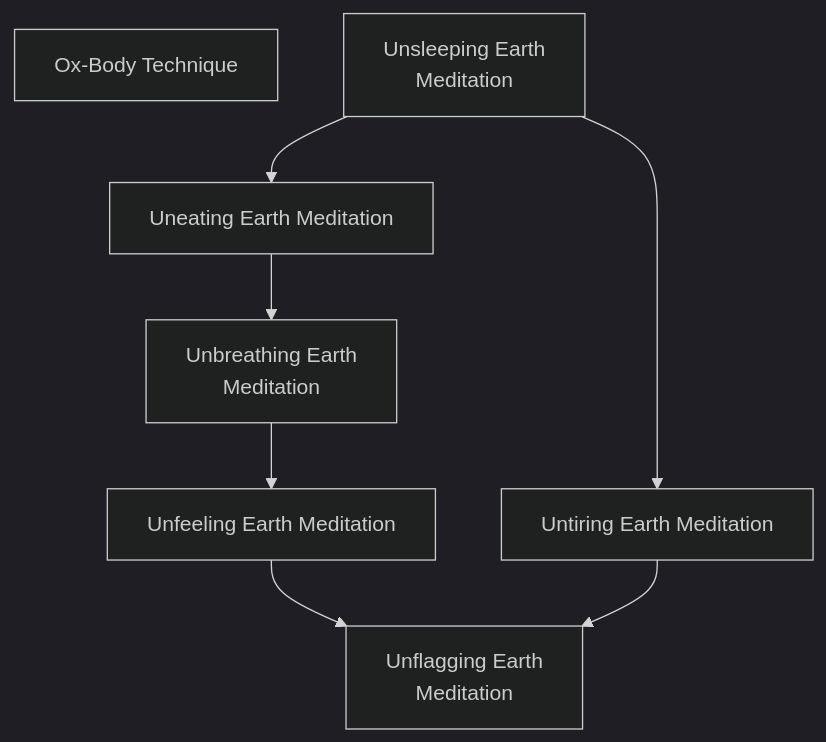
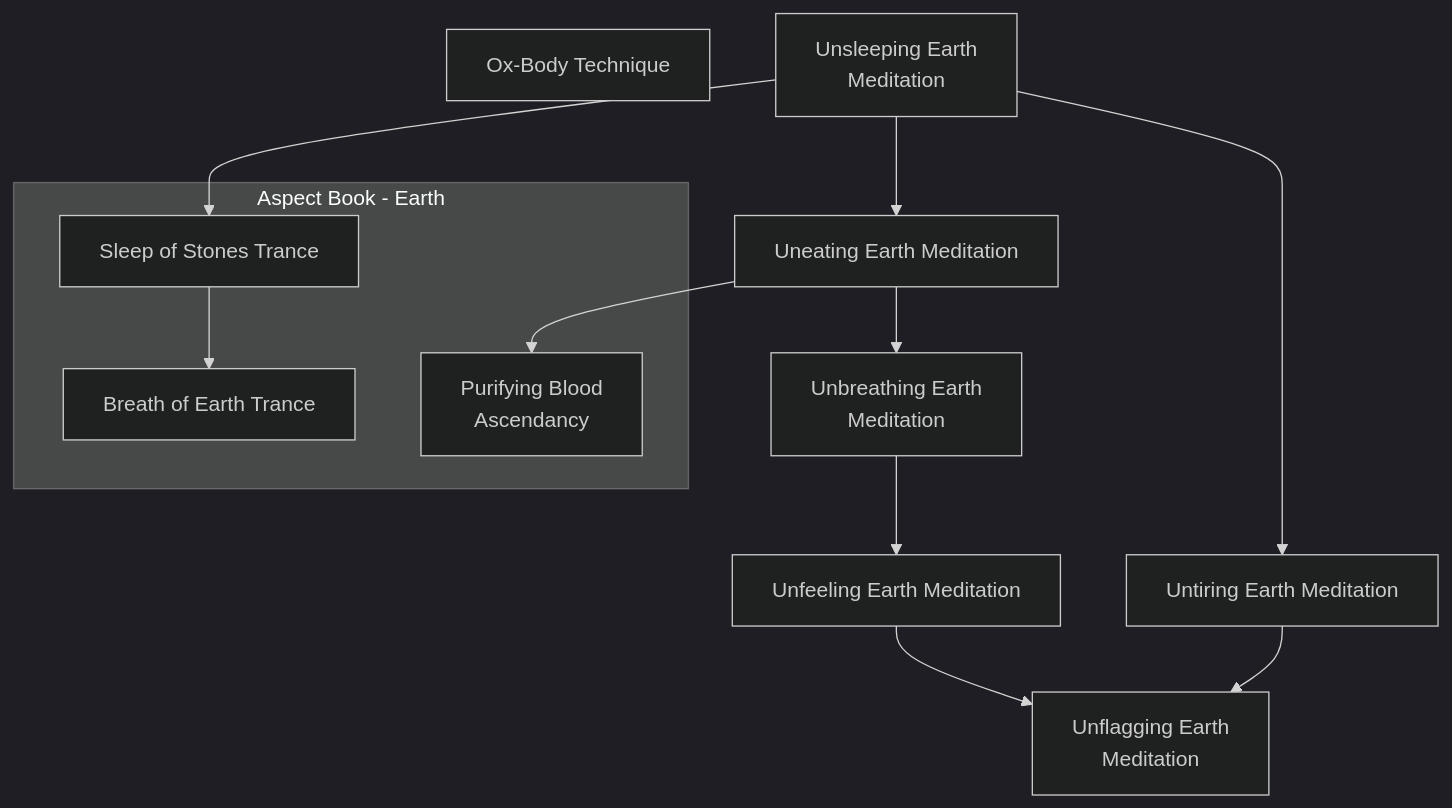
The diagram in docs/mermaid/dragon_blooded/earth_endurance_1.mmd (jrobichaud/exalted-charms-1e), drawn with Mermaid before and after one commit. The commit also changed 5 other files, not shown here.

First line of the commit message:
Aspect book Earth

```diff
--- a/docs/mermaid/dragon_blooded/earth_endurance_1.mmd
+++ b/docs/mermaid/dragon_blooded/earth_endurance_1.mmd
@@ -192,3 +192,118 @@
         of the characters involved. This damage may not be reduced in
         any fashion, either with armor or natural protection.
         "
+
+    subgraph Aspect Book - Earth
+        sleep_of_stones_trance[Sleep of Stones Trance]
+        click sleep_of_stones_trance callback "
+            Sleep of Stones Trance<br>
+            <br>
+            Cost: 1 mote<br>
+            Duration: One hour<br>
+            Type: Simple<br>
+            Minimum Endurance: 4<br>
+            Minimum Essence: 2<br>
+            Prerequisite Charms: Unsleeping Earth Meditation<br>
+            <br>
+            The Exalt assumes a meditative position and becomes
+            perfectly still, clearing his mind of all thoughts as
+            he locks his gaze forward without really seeing. The
+            character does not actually sleep or dream in this trance
+            and regains no Essence for meditating, but remains
+            peripherally aware of his surroundings. If the character
+            experiences any substantial distraction or interruption,
+            he may prematurely and reflexively snap out of his torpid
+            reverie to confront the situation. Ignoring the distraction
+            and remaining in the trance requires a Temperance
+            roll at standard difficulty. If the character goes a full hour
+            without leaving the trance, roll one die. Success restores
+            one point of Willpower, while a failure or botch indicates
+            the meditation provided no real benefit except to
+            pass the character's body. Characters may not use this
+            Charm more times in a day than their Endurance rating,
+            and trances broken by distractions count against this
+            limit. Dragon-Blooded with Essence 3+ may explicitly
+            use Sleep of Stones Trance to regain Willpower points
+            lost by overusing Unsleeping Earth Meditation, allowing
+            these disciplined stoics to go indefinitely without
+            sleep so long as they regularly meditate.
+            "
+
+        breath_of_earth_trance[Breath of Earth Trance]
+        click breath_of_earth_trance callback "
+            Breath of Earth Trance<br>
+            <br>
+            Cost: 2 motes<br>
+            Duration: Until broken<br>
+            Type: Simple<br>
+            Minimum Endurance: 4<br>
+            Minimum Essence: 3<br>
+            Prerequisite Charms: Sleep of Stones Trance<br>
+            <br>
+            The character sinks into deep meditation, opening
+            her consciousness and soul to the breath of the Elemental
+            Dragons flowing through the world. Whenever the
+            character experiences a substantial distraction and after
+            each hour that passes, roll her Temperance to maintain
+            the trance. The difficulty starts at one and increases by
+            +1 after every two successive checks. A failure or botch
+            on any of these Temperance rolls breaks the meditation
+            and ends the Charm. For each hour the Exalt remains in
+            the trance, she recovers (her permanent Essence + 8)
+            motes. Hours spent using Breath of Earth Trance refresh
+            the soul even better than time spent asleep, possibly
+            supplanting the need for sleep altogether. Characters
+            using Breath of Earth Trance for at least four consecutive
+            hours may regain Willpower with a standard Conviction
+            roll, but players of Exalted only receive one Conviction
+            roll for their characters to regain Willpower each day
+            regardless of the number of hours they sleep or meditate
+            with this Charm.<br>
+            Breath of Earth Trance only functions within
+            Creation. Dragon-Blooded cannot concentrate on
+            the Essence of their patrons inside the tainted energies
+            of a shadowland or Wyld zone, let alone in the
+            Deep Wyld, Malfeas, Autocthonia or the Underworld.
+            The sanctums of the little gods and the Celestial
+            City of Yu-Shan are considered part of Creation for
+            the purpose of this Charm.
+        "
+
+        purifying_blood_ascendancy[Purifying Blood<br>Ascendancy]
+        click purifying_blood_ascendancy callback "
+            Purifying Blood Ascendancy<br>
+            <br>
+            Cost: 5 motes, 1 Willpower<br>
+            Duration: Instant<br>
+            Type: Reflexive<br>
+            Minimum Endurance: 4<br>
+            Minimum Essence: 2<br>
+            Prerequisite Charms: Uneating Earth Meditation<br>
+            <br>
+            The Terrestrial Exalted calls upon the blood of the
+            Elemental Dragons to awaken and cleanse her body of
+            dangerous impurities. Liquid Essence glows visibly as it
+            spreads through the arteries and veins beneath her skin,
+            growing into a web of vibrant pulsing light the color of
+            her anima. Characters can use this Charm to completely
+            rid themselves of a single disease they have contracted or
+            to completely nullify a single toxin currently present in
+            their bodies. Once this Charm has purged a disease or
+            poison, the character becomes completely immune to
+            that impurity and may ignore any and all future exposure
+            without a Resistance roll for a number of days equal to
+            her permanent Essence. Characters may also use this
+            Charm to cleanse all wounds of infection, which also
+            serves to make their bodies immune to any infection for
+            days equal to Essence. Purifying Blood Ascendancy does
+            not aid against magical plagues and poisons. Characters
+            may use this Charm while unconscious or otherwise
+            incapacitated, making this an effective defense against
+            paralytic venom.
+            "
+
+    end
+
+    unsleeping_earth_meditation --> sleep_of_stones_trance
+    sleep_of_stones_trance --> breath_of_earth_trance
+    uneating_earth_meditation --> purifying_blood_ascendancy
```
